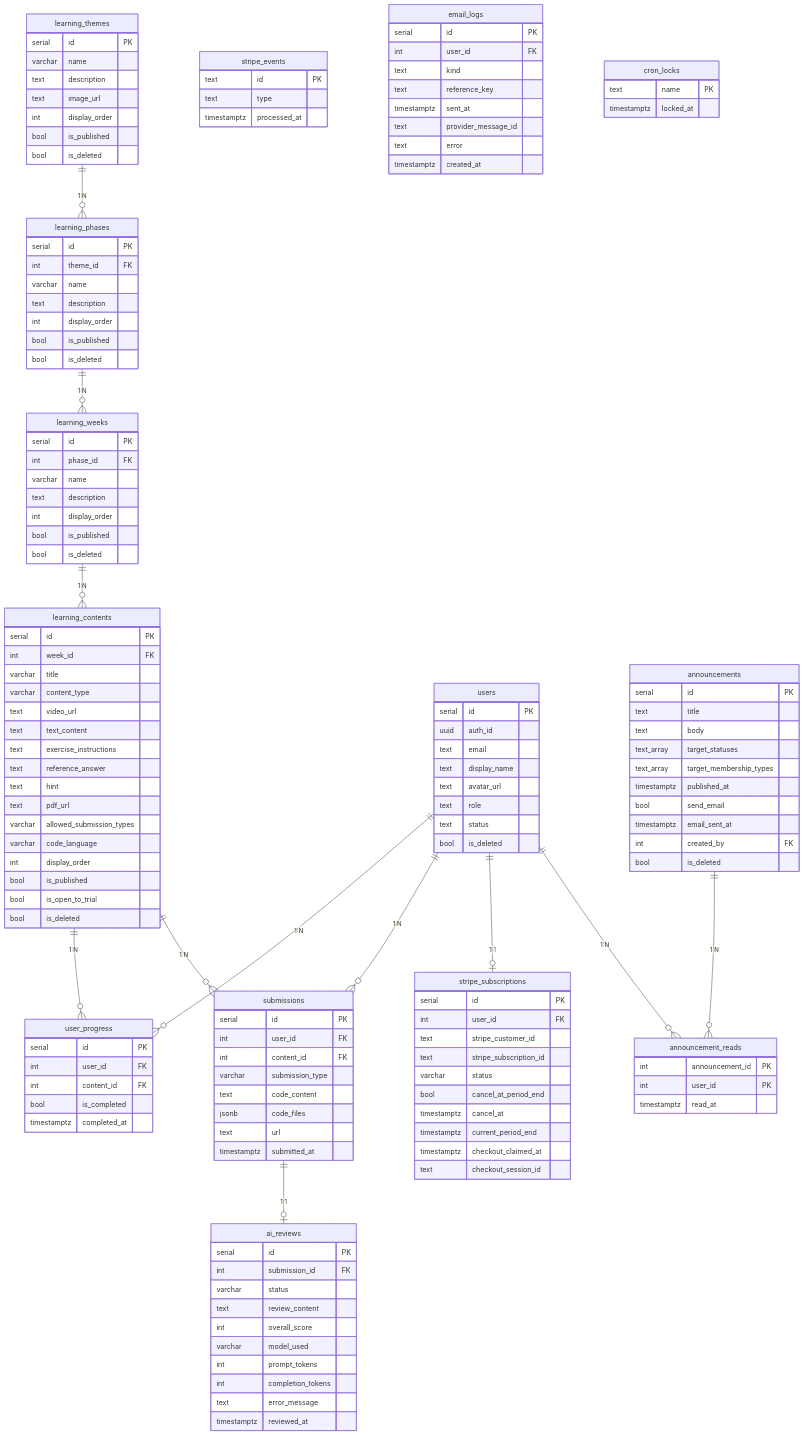
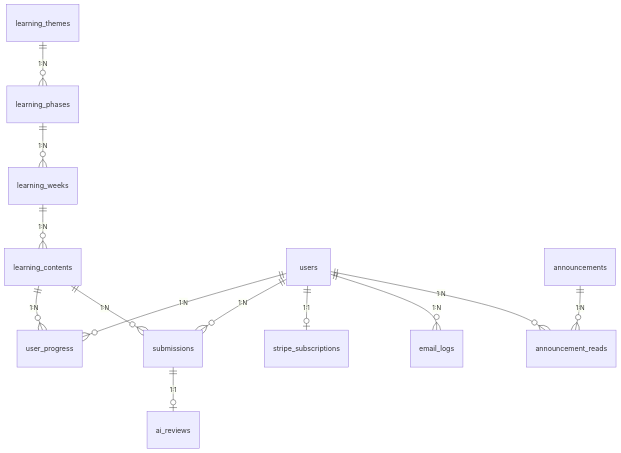
The diagram in docs/database.md (Singuralitylabs/sinlab-study), drawn with Mermaid before and after one commit. The commit also changed other lines of this file and 3 other files, not shown here.

````diff
--- a/docs/database.md
+++ b/docs/database.md
@@ -36,139 +34,7 @@
     users ||--o{ submissions : "1:N"
     submissions ||--o| ai_reviews : "1:1"
     users ||--o| stripe_subscriptions : "1:1"
+    users ||--o{ email_logs : "1:N"
     announcements ||--o{ announcement_reads : "1:N"
     users ||--o{ announcement_reads : "1:N"
-
-    learning_themes {
-        serial id PK
-        varchar name
-        text description
-        text image_url
-        int display_order
-        bool is_published
-        bool is_deleted
-    }
-    learning_phases {
-        serial id PK
-        int theme_id FK
-        varchar name
-        text description
-        int display_order
-        bool is_published
-        bool is_deleted
-    }
-    learning_weeks {
-        serial id PK
-        int phase_id FK
-        varchar name
-        text description
-        int display_order
-        bool is_published
-        bool is_deleted
-    }
-    learning_contents {
-        serial id PK
-        int week_id FK
-        varchar title
-        varchar content_type
-        text video_url
-        text text_content
-        text exercise_instructions
-        text reference_answer
-        text hint
-        text pdf_url
-        varchar allowed_submission_types
-        varchar code_language
-        int display_order
-        bool is_published
-        bool is_open_to_trial
-        bool is_deleted
-    }
-    users {
-        serial id PK
-        uuid auth_id
-        text email
-        text display_name
-        text avatar_url
-        text role
-        text status
-        bool is_deleted
-    }
-    user_progress {
-        serial id PK
-        int user_id FK
-        int content_id FK
-        bool is_completed
-        timestamptz completed_at
-    }
-    submissions {
-        serial id PK
-        int user_id FK
-        int content_id FK
-        varchar submission_type
-        text code_content
-        jsonb code_files
-        text url
-        timestamptz submitted_at
-    }
-    ai_reviews {
-        serial id PK
-        int submission_id FK
-        varchar status
-        text review_content
-        int overall_score
-        varchar model_used
-        int prompt_tokens
-        int completion_tokens
-        text error_message
-        timestamptz reviewed_at
-    }
-    stripe_subscriptions {
-        serial id PK
-        int user_id FK
-        text stripe_customer_id
-        text stripe_subscription_id
-        varchar status
-        bool cancel_at_period_end
-        timestamptz cancel_at
-        timestamptz current_period_end
-        timestamptz checkout_claimed_at
-        text checkout_session_id
-    }
-    stripe_events {
-        text id PK
-        text type
-        timestamptz processed_at
-    }
-    email_logs {
-        serial id PK
-        int user_id FK
-        text kind
-        text reference_key
-        timestamptz sent_at
-        text provider_message_id
-        text error
-        timestamptz created_at
-    }
-    cron_locks {
-        text name PK
-        timestamptz locked_at
-    }
-    announcements {
-        serial id PK
-        text title
-        text body
-        text_array target_statuses
-        text_array target_membership_types
-        timestamptz published_at
-        bool send_email
-        timestamptz email_sent_at
-        int created_by FK
-        bool is_deleted
-    }
-    announcement_reads {
-        int announcement_id PK
-        int user_id PK
-        timestamptz read_at
-    }
 ```
````
